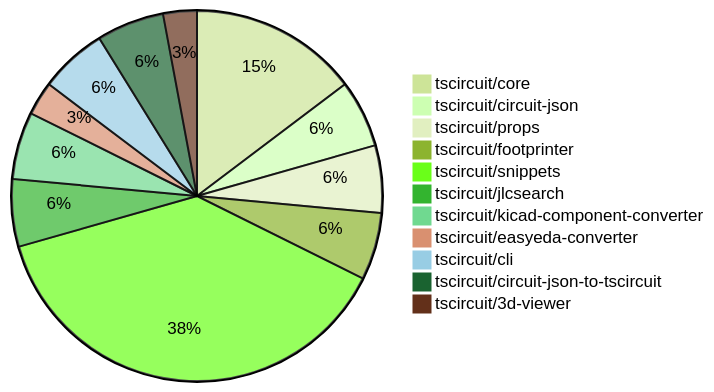
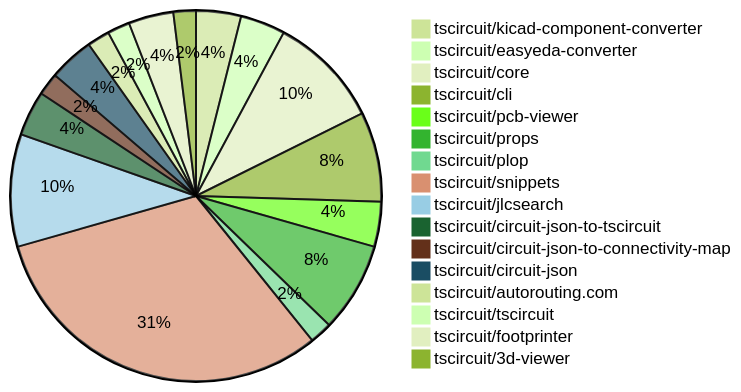
One commit to tscircuit/contribution-tracker changed the diagram in contribution-overviews/2025-01-01.md. Above: the diagram before and after it, drawn with Mermaid (forest theme). The commit also changed other lines of this file and 2 other files, not shown here.

````diff
--- a/contribution-overviews/2025-01-01.md
+++ b/contribution-overviews/2025-01-01.md
@@ -5,14 +5,19 @@
 ```mermaid
 pie
+    "tscircuit/kicad-component-converter" : 2
+    "tscircuit/easyeda-converter" : 2
     "tscircuit/core" : 5
+    "tscircuit/cli" : 4
+    "tscircuit/pcb-viewer" : 2
+    "tscircuit/props" : 4
+    "tscircuit/plop" : 1
+    "tscircuit/snippets" : 16
+    "tscircuit/jlcsearch" : 5
+    "tscircuit/circuit-json-to-tscircuit" : 2
+    "tscircuit/circuit-json-to-connectivity-map" : 1
     "tscircuit/circuit-json" : 2
-    "tscircuit/props" : 2
+    "tscircuit/autorouting.com" : 1
+    "tscircuit/tscircuit" : 1
     "tscircuit/footprinter" : 2
-    "tscircuit/snippets" : 13
-    "tscircuit/jlcsearch" : 2
-    "tscircuit/kicad-component-converter" : 2
-    "tscircuit/easyeda-converter" : 1
-    "tscircuit/cli" : 2
-    "tscircuit/circuit-json-to-tscircuit" : 2
     "tscircuit/3d-viewer" : 1
 ```
````
